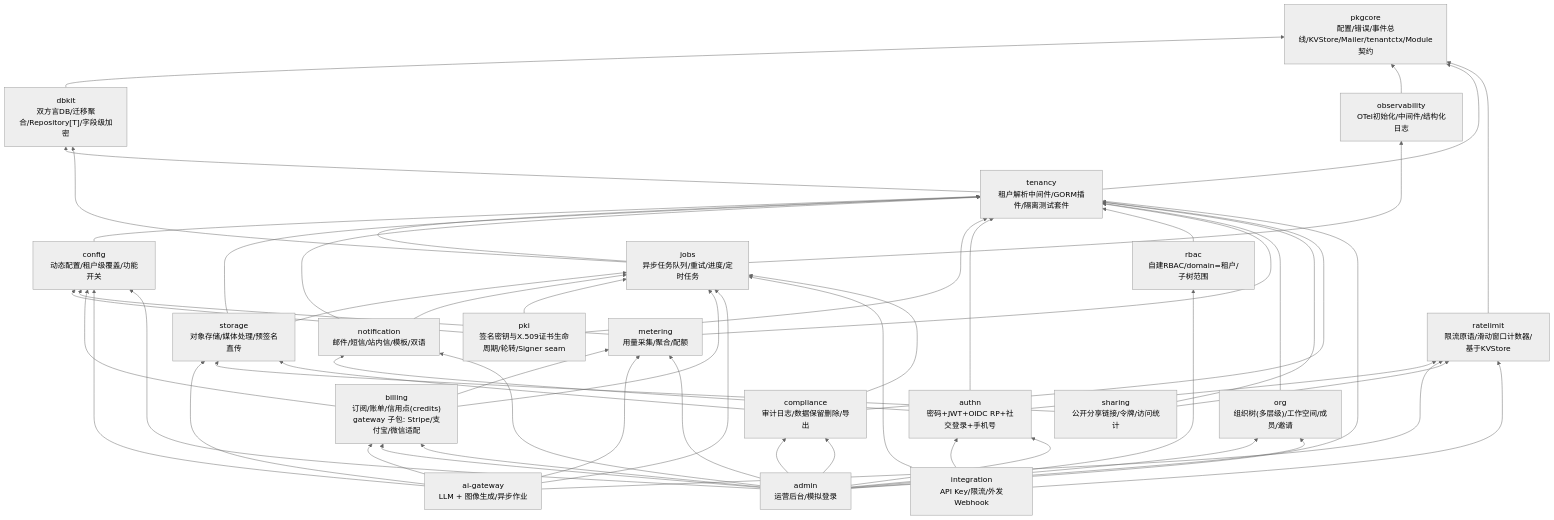
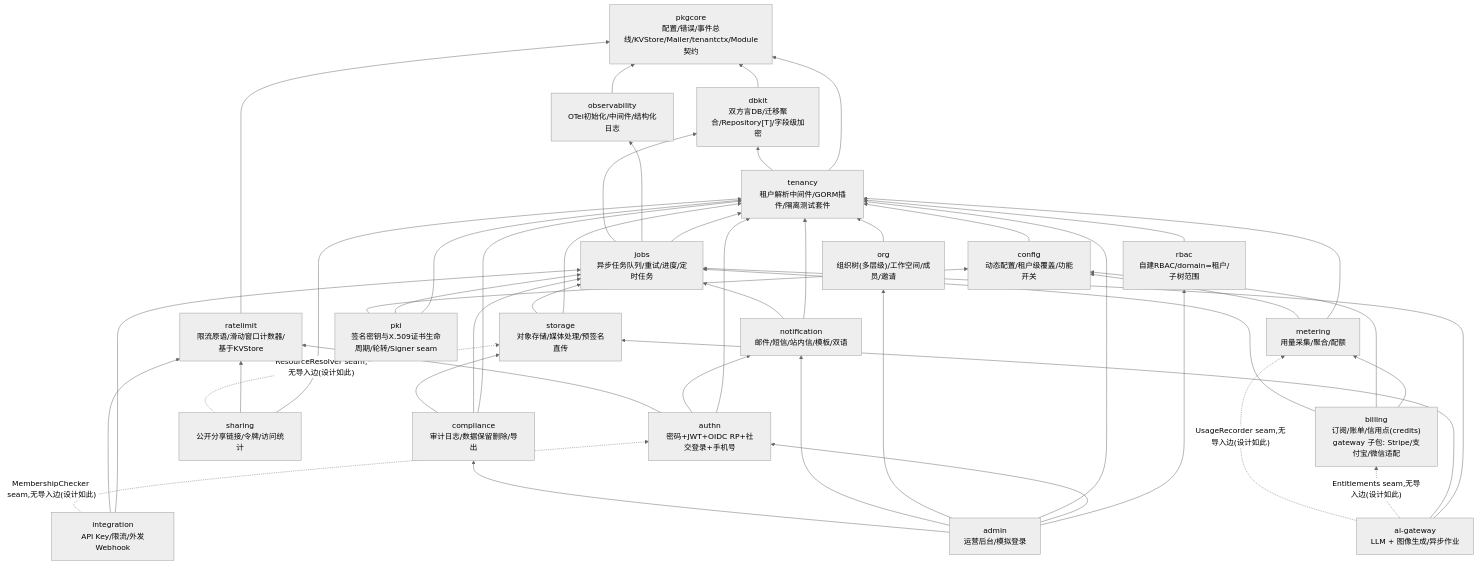
One commit to vislake/speed changed the diagram in docs/internal/01-architecture.md. Above: the diagram before and after it, drawn with Mermaid (neutral theme). The commit also changed other lines of this file and 12 other files, not shown here.

````diff
--- a/docs/internal/01-architecture.md
+++ b/docs/internal/01-architecture.md
@@ -10,77 +10,69 @@
 ```mermaid
 graph BT
     pkgcore["pkgcore<br/>配置/错误/事件总线/KVStore/Mailer/tenantctx/Module契约"]
     dbkit["dbkit<br/>双方言DB/迁移聚合/Repository[T]/字段级加密"]
     obs["observability<br/>OTel初始化/中间件/结构化日志"]
     tenancy["tenancy<br/>租户解析中间件/GORM插件/隔离测试套件"]
     ratelimit["ratelimit<br/>限流原语/滑动窗口计数器/基于KVStore"]
     cfg["config<br/>动态配置/租户级覆盖/功能开关"]
     jobs["jobs<br/>异步任务队列/重试/进度/定时任务"]
     storage["storage<br/>对象存储/媒体处理/预签名直传"]
     notify["notification<br/>邮件/短信/站内信/模板/双语"]
     pki["pki<br/>签名密钥与X.509证书生命周期/轮转/Signer seam"]
     authn["authn<br/>密码+JWT+OIDC RP+社交登录+手机号"]
     rbac["rbac<br/>自建RBAC/domain=租户/子树范围"]
     metering["metering<br/>用量采集/聚合/配额"]
     org["org<br/>组织树(多层级)/工作空间/成员/邀请"]
     billing["billing<br/>订阅/账单/信用点(credits)<br/>gateway 子包: Stripe/支付宝/微信适配"]
     ai["ai-gateway<br/>LLM + 图像生成/异步作业"]
     sharing["sharing<br/>公开分享链接/令牌/访问统计"]
     integ["integration<br/>API Key/限流/外发Webhook"]
     comp["compliance<br/>审计日志/数据保留删除/导出"]
     admin["admin<br/>运营后台/模拟登录"]
 
     dbkit --> pkgcore
     obs --> pkgcore
     tenancy --> pkgcore
     tenancy --> dbkit
     ratelimit --> pkgcore
     cfg --> tenancy
     jobs --> tenancy
     jobs --> obs
     jobs --> dbkit
     storage --> tenancy
     storage --> jobs
     notify --> tenancy
     notify --> jobs
     pki --> tenancy
     pki --> jobs
     pki --> cfg
     authn --> tenancy
     authn --> notify
     authn --> ratelimit
     rbac --> tenancy
     metering --> tenancy
     metering --> cfg
     org --> tenancy
     billing --> metering
     billing --> cfg
     billing --> jobs
-    ai --> metering
     ai --> jobs
     ai --> storage
-    ai --> billing
-    ai --> cfg
-    ai --> ratelimit
+    ai -.->|"Entitlements seam,无导入边(设计如此)"| billing
+    ai -.->|"UsageRecorder seam,无导入边(设计如此)"| metering
     sharing --> tenancy
-    sharing --> storage
     sharing --> ratelimit
+    sharing -.->|"ResourceResolver seam,无导入边(设计如此)"| storage
     integ --> jobs
-    integ --> authn
     integ --> ratelimit
+    integ -.->|"MembershipChecker seam,无导入边(设计如此)"| authn
     comp --> tenancy
     comp --> jobs
     comp --> storage
     admin --> rbac
     admin --> authn
     admin --> tenancy
     admin --> org
-    admin --> cfg
     admin --> notify
-    admin --> billing
-    admin --> metering
-    admin --> comp
-    admin --> org
-    admin --> billing
     admin --> comp
 ```
````
